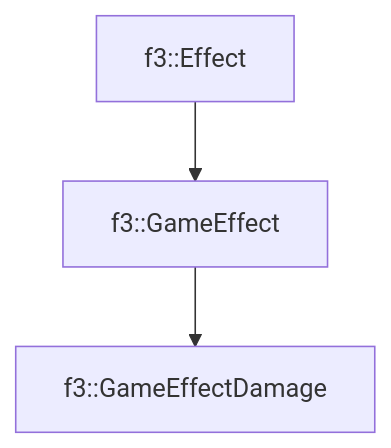
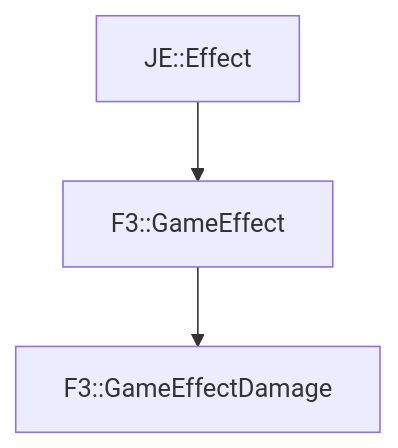
Before and after one commit to OpenJE/openvb: the diagram in docs/f3/GameEffectDamage.md, drawn with Mermaid. The commit also changed other lines of this file and 1399 other files, not shown here.

````diff
--- a/docs/f3/GameEffectDamage.md
+++ b/docs/f3/GameEffectDamage.md
@@ -17,5 +17,5 @@
 ```mermaid
 graph TD;
-    f3::Effect --> f3::GameEffect
-    f3::GameEffect --> f3::GameEffectDamage
+    JE::Effect --> F3::GameEffect
+    F3::GameEffect --> F3::GameEffectDamage
 ```
````
